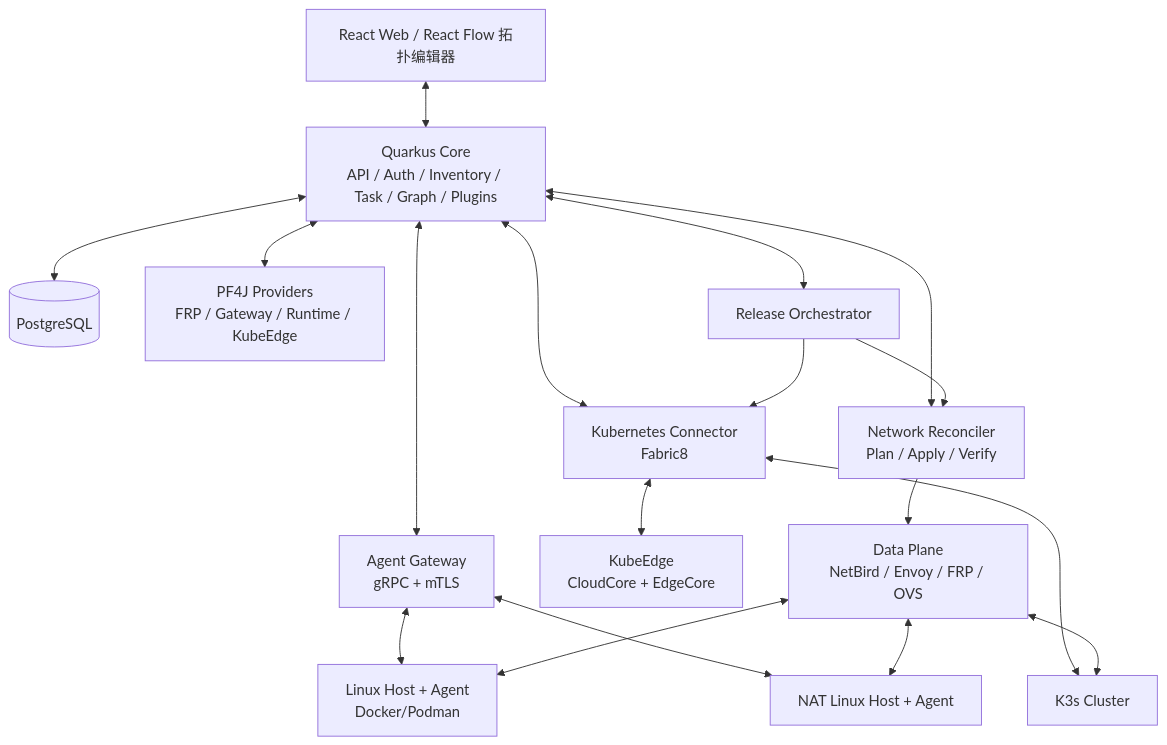
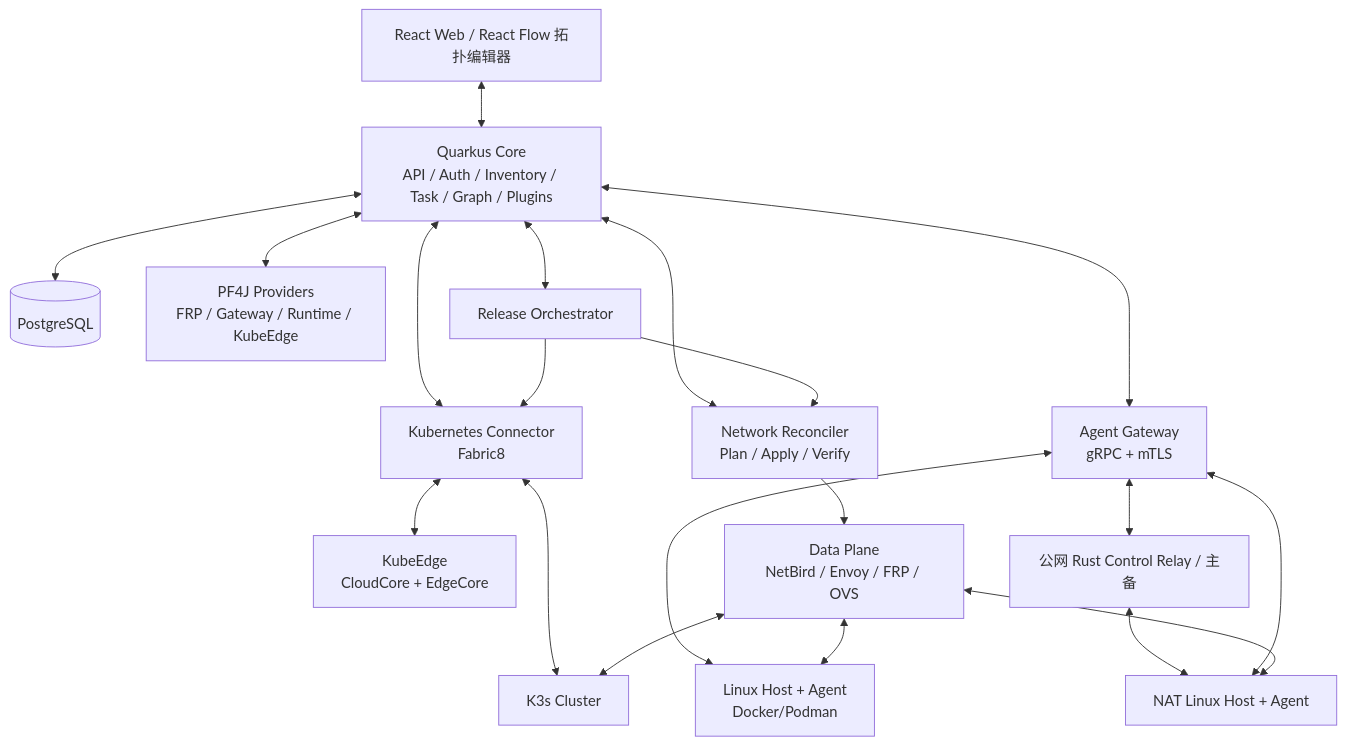
The diagram in PROJECT_PLAN.md (GeekCoreLab/nanpanel), drawn with Mermaid before and after one commit. The commit also changed other lines of this file and 8 other files, not shown here.

````diff
--- a/PROJECT_PLAN.md
+++ b/PROJECT_PLAN.md
@@ -65,33 +65,35 @@
 ```mermaid
 flowchart TB
     UI[React Web / React Flow 拓扑编辑器]
     CORE[Quarkus Core\nAPI / Auth / Inventory / Task / Graph / Plugins]
     PG[(PostgreSQL)]
     PLUG[PF4J Providers\nFRP / Gateway / Runtime / KubeEdge]
     AGW[Agent Gateway\ngRPC + mTLS]
     KCON[Kubernetes Connector\nFabric8]
     NC[Network Reconciler\nPlan / Apply / Verify]
     REL[Release Orchestrator]
     H1[Linux Host + Agent\nDocker/Podman]
     H2[NAT Linux Host + Agent]
     K3[K3s Cluster]
     KE[KubeEdge\nCloudCore + EdgeCore]
     DP[Data Plane\nNetBird / Envoy / FRP / OVS]
     UI <--> CORE
     CORE <--> PG
     CORE <--> PLUG
     CORE <--> AGW
+    AGW <--> CR[公网 Rust Control Relay / 主备]
+    CR <--> H2
     CORE <--> KCON
     CORE <--> NC
     CORE <--> REL
     AGW <--> H1
     AGW <--> H2
     KCON <--> K3
     KCON <--> KE
     NC --> DP
     REL --> KCON
     REL --> NC
     DP <--> H1
     DP <--> H2
     DP <--> K3
 ```
````
